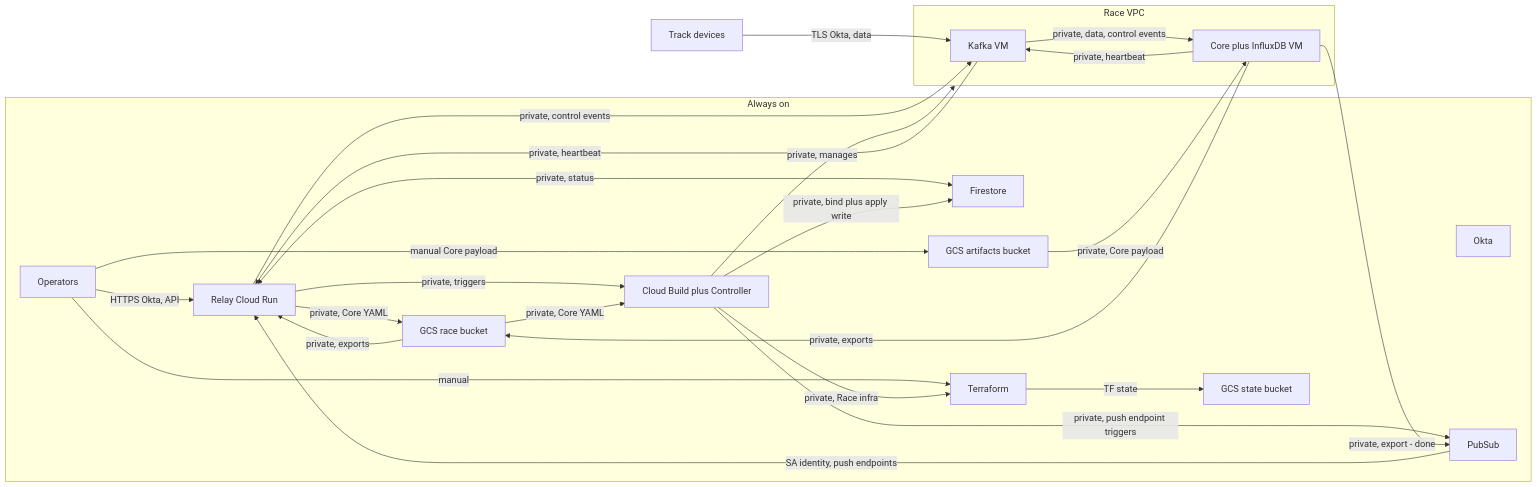
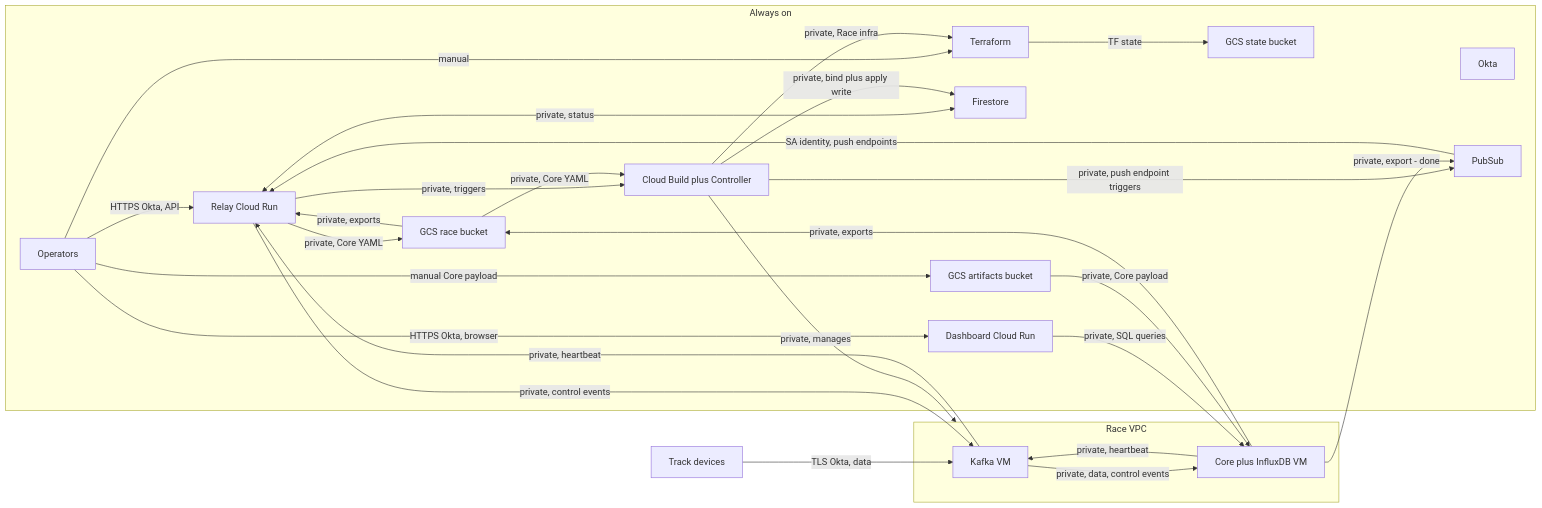
One commit to ChronoRacer/chronoracer changed the diagram in docs/README.md. Above: the diagram before and after it, drawn with Mermaid. The commit also changed other lines of this file and 66 other files, not shown here.

````diff
--- a/docs/README.md
+++ b/docs/README.md
@@ -45,42 +52,45 @@
 ```mermaid
 flowchart LR
     subgraph alwaysOn [Always on]
         Okta[Okta]
         Operators[Operators]
         Relay[Relay Cloud Run]
+        Dash[Dashboard Cloud Run]
         FS[Firestore]
         GcsRace[GCS race bucket]
         GcsState[GCS state bucket]
         GcsArt[GCS artifacts bucket]
         PS[PubSub]
         CB[Cloud Build plus Controller]
         TF[Terraform]
     end
     subgraph raceVpc [Race VPC]
         Kafka[Kafka VM]
         CoreDB[Core plus InfluxDB VM]
     end
     Devices[Track devices]
     Operators -->|HTTPS Okta, API| Relay
+    Operators -->|HTTPS Okta, browser| Dash
+    Dash -->|private, SQL queries| CoreDB
     Operators -->|manual| TF
     Operators -->|manual Core payload| GcsArt
     Relay <-->|private, status| FS
     CB -->|private, bind plus apply write| FS
     Relay -->|private, Core YAML| GcsRace
     GcsRace -->|private, exports| Relay
     PS -->|SA identity, push endpoints| Relay
     Relay -->|private, triggers| CB
     CB -->|private, push endpoint triggers| PS
     CB -->|private, manages| raceVpc
     GcsRace -->|private, Core YAML| CB
     Relay -->|private, control events| Kafka
     CoreDB -->|private, heartbeat| Kafka
     Devices -->|TLS Okta, data| Kafka
     Kafka -->|private, data, control events| CoreDB
     Kafka -->|private, heartbeat| Relay
     CoreDB -->|private, exports| GcsRace
     GcsArt -->|private, Core payload| CoreDB
     CoreDB -->|private, export - done| PS
     CB -->|private, Race infra| TF
     TF -->|TF state| GcsState
 ```
````
